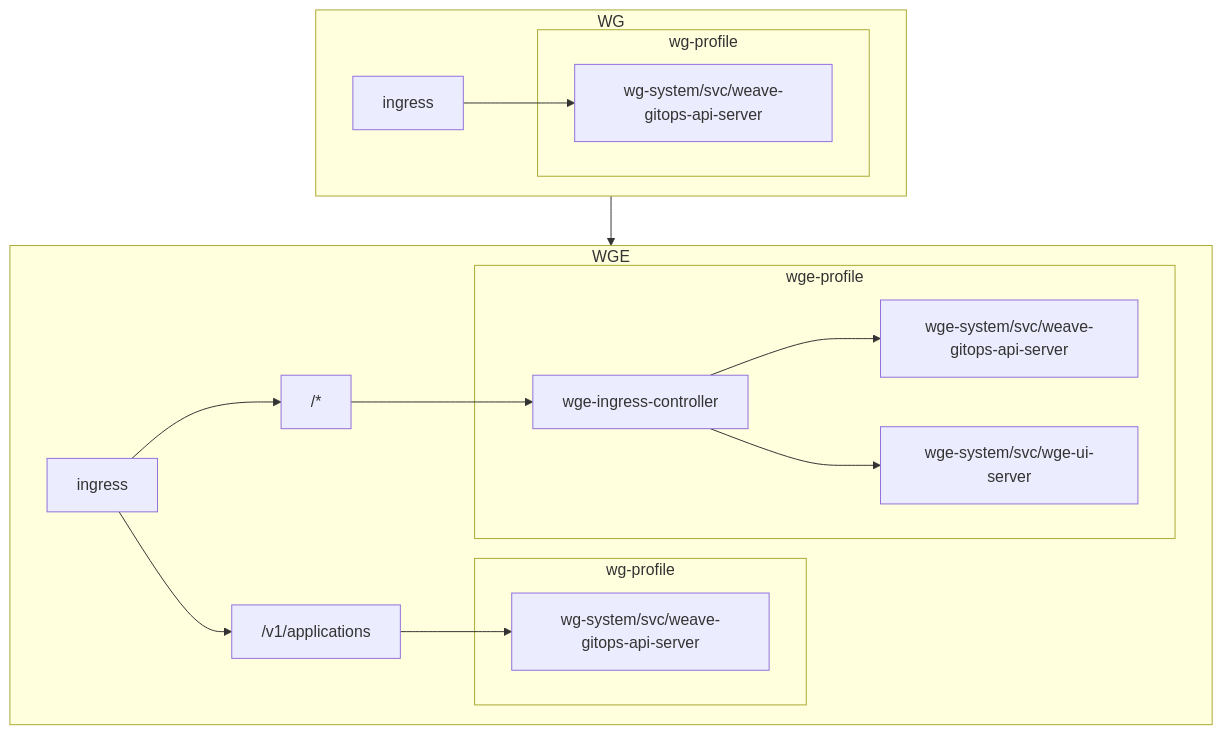
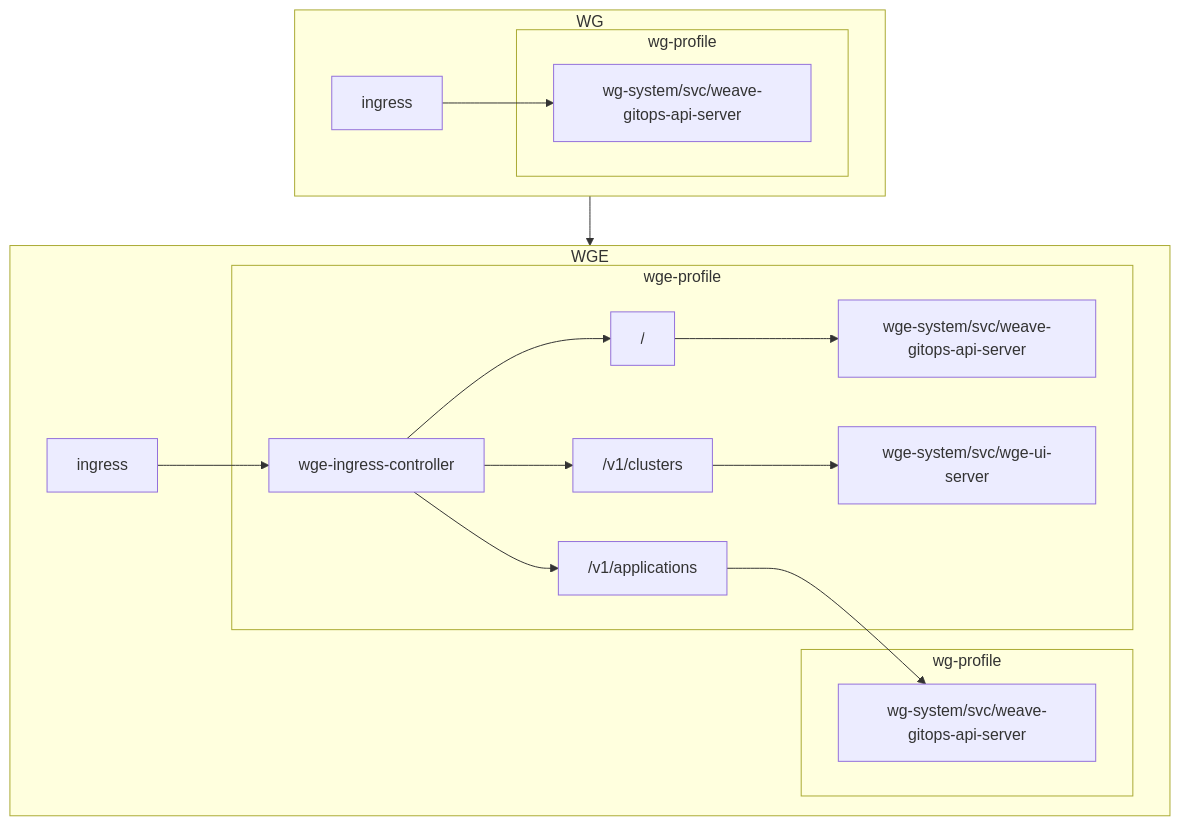
One commit to weaveworks/weave-gitops-private changed the fourth of 4 diagrams in docs/adrs/000X-wg-to-wge-upgrade.md. Above: the diagram before and after it, drawn with Mermaid. The commit also changed 6 other files, not shown here.

Commit message:
update diagram

````diff
--- a/docs/adrs/000X-wg-to-wge-upgrade.md
+++ b/docs/adrs/000X-wg-to-wge-upgrade.md
@@ -176,24 +176,26 @@
 ```mermaid
 flowchart
   subgraph WG
     subgraph wg-profile
       wg-api-service
     end
     wg-ingress[ingress] --> wg-api-service[wg-system/svc/weave-gitops-api-server]
   end
   subgraph WGE
     subgraph wg-profile2[wg-profile]
       wg-api-service2[wg-system/svc/weave-gitops-api-server]
     end
     subgraph wge-profile
       wge-api-service
       wge-system/svc/wge-ui-server
       wge-ingress-controller
+      /v1/applications
+      /v1/clusters
+      /
     end
-    wge-ingress[ingress] --> /v1/applications --> wg-api-service2[wg-system/svc/weave-gitops-api-server]
-    wge-ingress[ingress] --> /* --> wge-ingress-controller
-    wge-ingress-controller --> wge-api-service[wge-system/svc/weave-gitops-api-server]
-    wge-ingress-controller --> wge-system/svc/wge-ui-server
+    wge-ingress[ingress] --> wge-ingress-controller --> /v1/applications --> wg-api-service2[wg-system/svc/weave-gitops-api-server]
+    wge-ingress-controller --> / --> wge-api-service[wge-system/svc/weave-gitops-api-server]
+    wge-ingress-controller --> /v1/clusters --> wge-system/svc/wge-ui-server
   end
   WG --> WGE
 ```
````
